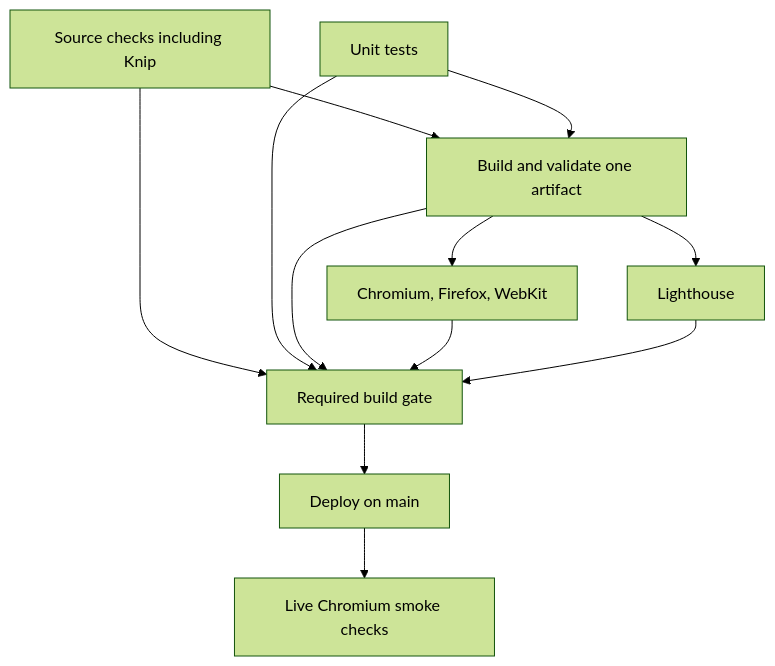
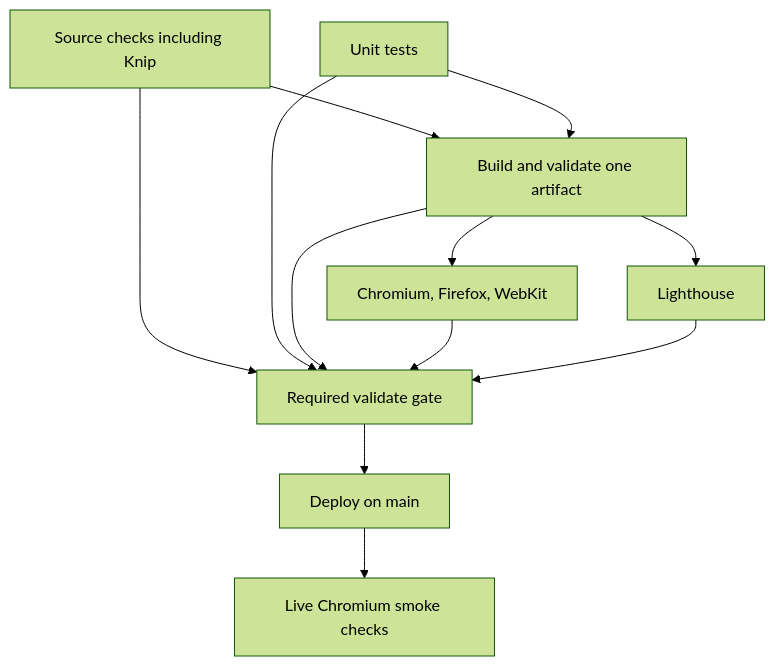
One commit to rahul0705/rahul0705.github.io changed the diagram in docs/ci.md. Above: the diagram before and after it, drawn with Mermaid (forest theme). The commit also changed other lines of this file and 3 other files, not shown here.

Commit message:
Run source checks independently and name the deployment gate validate

````diff
--- a/docs/ci.md
+++ b/docs/ci.md
@@ -11,14 +11,14 @@
 ```mermaid
 flowchart TD
   S[Source checks including Knip] --> B[Build and validate one artifact]
   U[Unit tests] --> B
   B --> P[Chromium, Firefox, WebKit]
   B --> L[Lighthouse]
-  S --> G[Required build gate]
+  S --> G[Required validate gate]
   U --> G
   B --> G
   P --> G
   L --> G
   G --> D[Deploy on main]
   D --> M[Live Chromium smoke checks]
 ```
````
